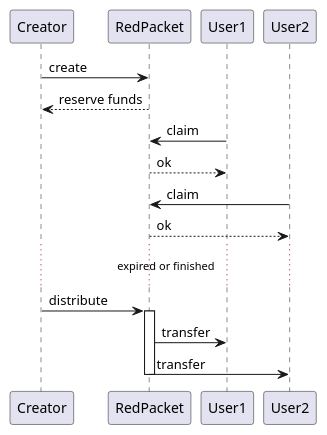
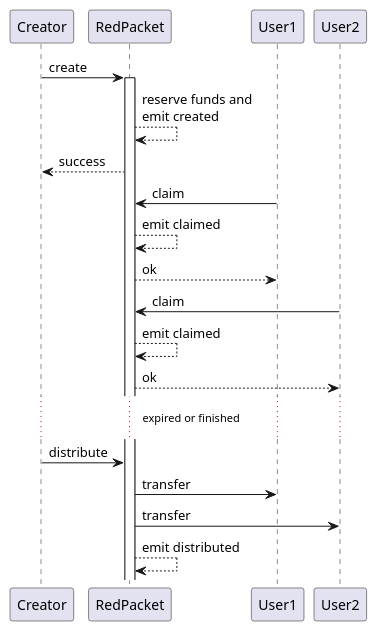
The diagram in seq.puml (yxf/substrate-redpacket), drawn with PlantUML before and after one commit. The commit also changed 2 other files, not shown here.

```diff
--- a/seq.puml
+++ b/seq.puml
@@ -1,21 +1,22 @@
 @startuml
 Creator->RedPacket: create
-Creator<--RedPacket: reserve funds
+activate RedPacket
+RedPacket-->RedPacket: reserve funds and \nemit created
+Creator<--RedPacket: success
 
 RedPacket<-User1: claim
+RedPacket-->RedPacket: emit claimed
 RedPacket-->User1: ok
 
 RedPacket<-User2: claim
+RedPacket-->RedPacket: emit claimed
 RedPacket-->User2: ok
 
 ...expired or finished...
 
 Creator -> RedPacket: distribute
-activate RedPacket
-
 RedPacket -> User1: transfer
 RedPacket -> User2: transfer
-
-deactivate RedPacket
+RedPacket-->RedPacket: emit distributed
 
 @enduml
```
